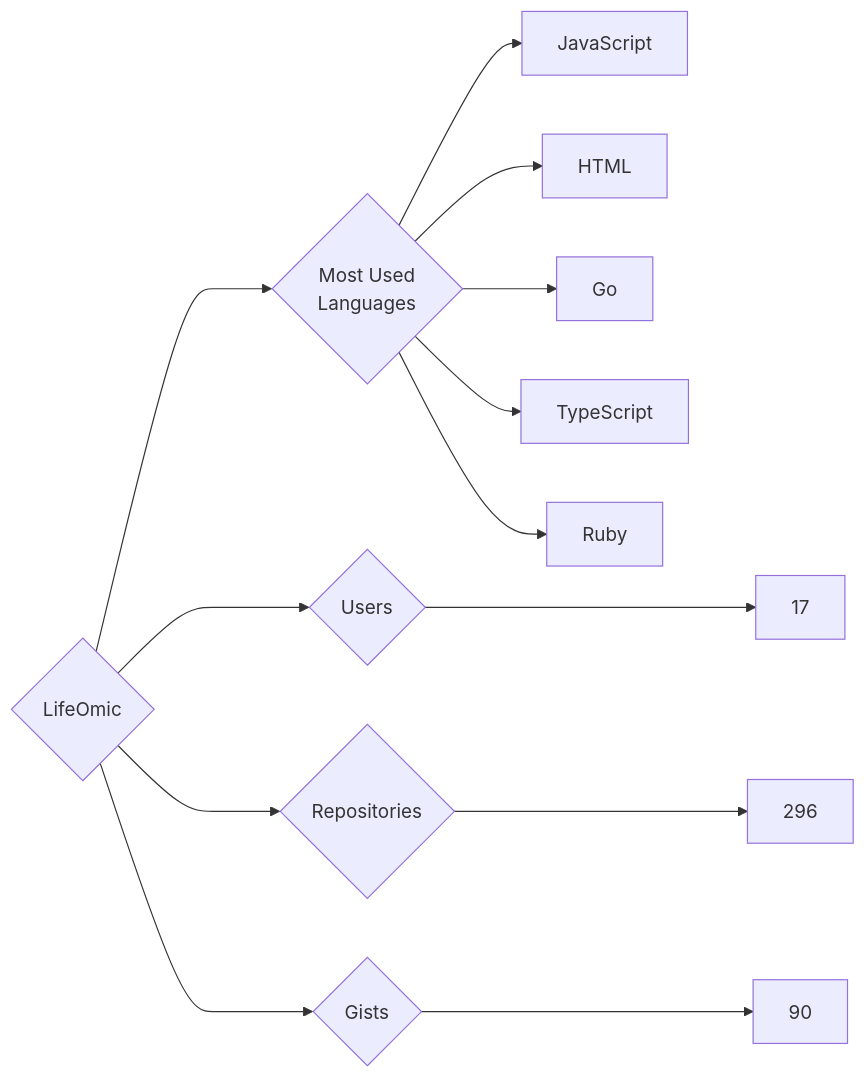
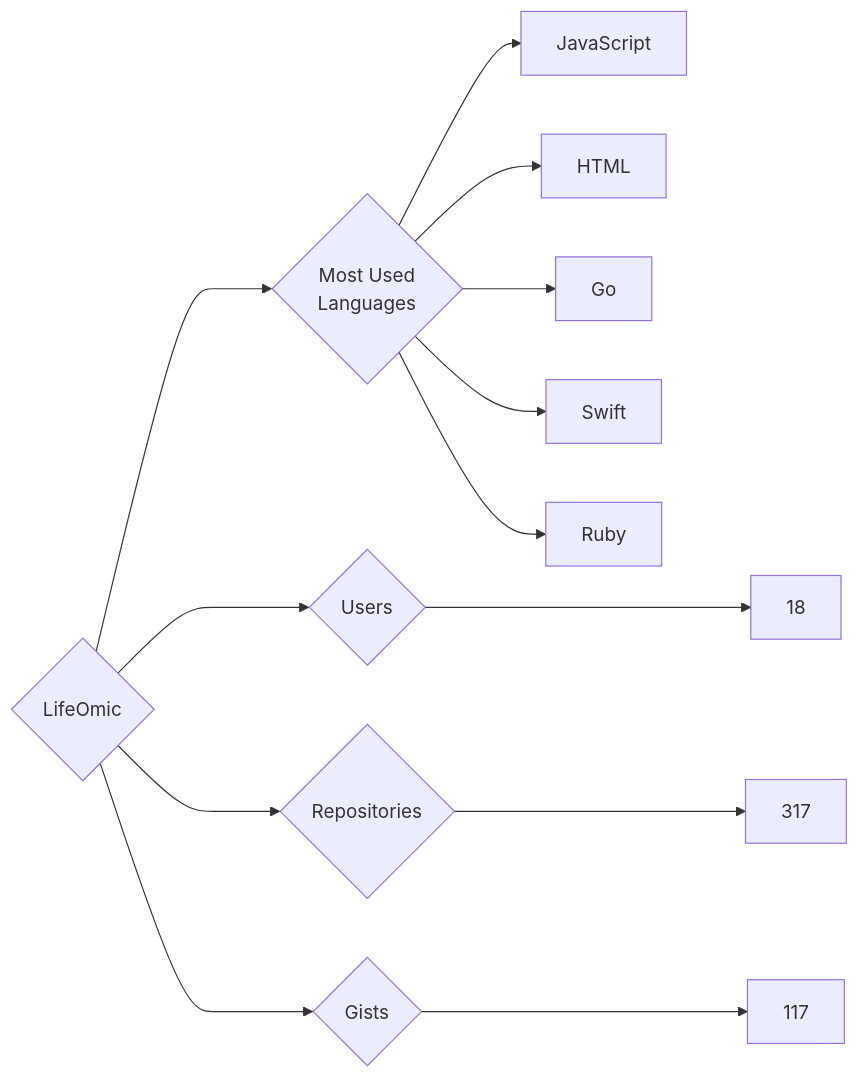
The diagram in targets/LifeOmic/README.md (trickest/insiders), drawn with Mermaid before and after one commit. The commit also changed 752 other files, not shown here.

````diff
--- a/targets/LifeOmic/README.md
+++ b/targets/LifeOmic/README.md
@@ -3,13 +3,13 @@
 ```mermaid
 graph LR
 COMPANY_NAME{LifeOmic}
-COMPANY_NAME ---> U{Users} ---> UN[17]
-COMPANY_NAME ---> R{Repositories} ---> RN[296]
-COMPANY_NAME ---> G{Gists} ---> GN[90]
+COMPANY_NAME ---> U{Users} ---> UN[18]
+COMPANY_NAME ---> R{Repositories} ---> RN[317]
+COMPANY_NAME ---> G{Gists} ---> GN[117]
 COMPANY_NAME ---> ML{Most Used<br>Languages}
 ML --> JavaScript[JavaScript]
 ML --> HTML[HTML]
 ML --> Go[Go]
-ML --> TypeScript[TypeScript]
+ML --> Swift[Swift]
 ML --> Ruby[Ruby]
 ```
````
